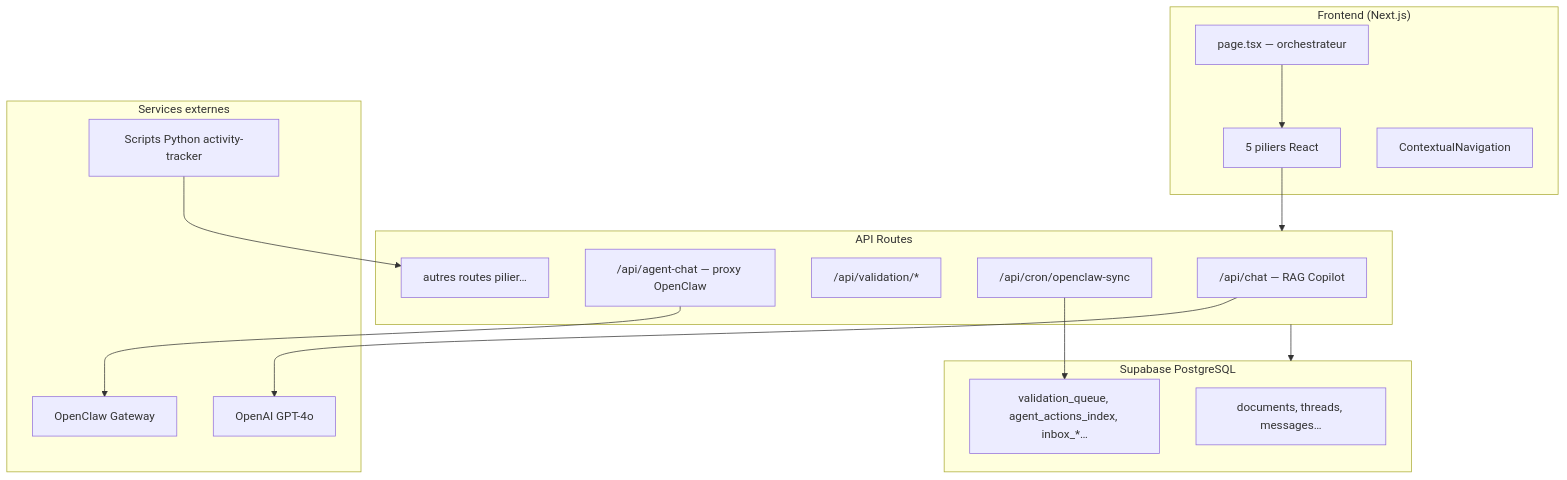
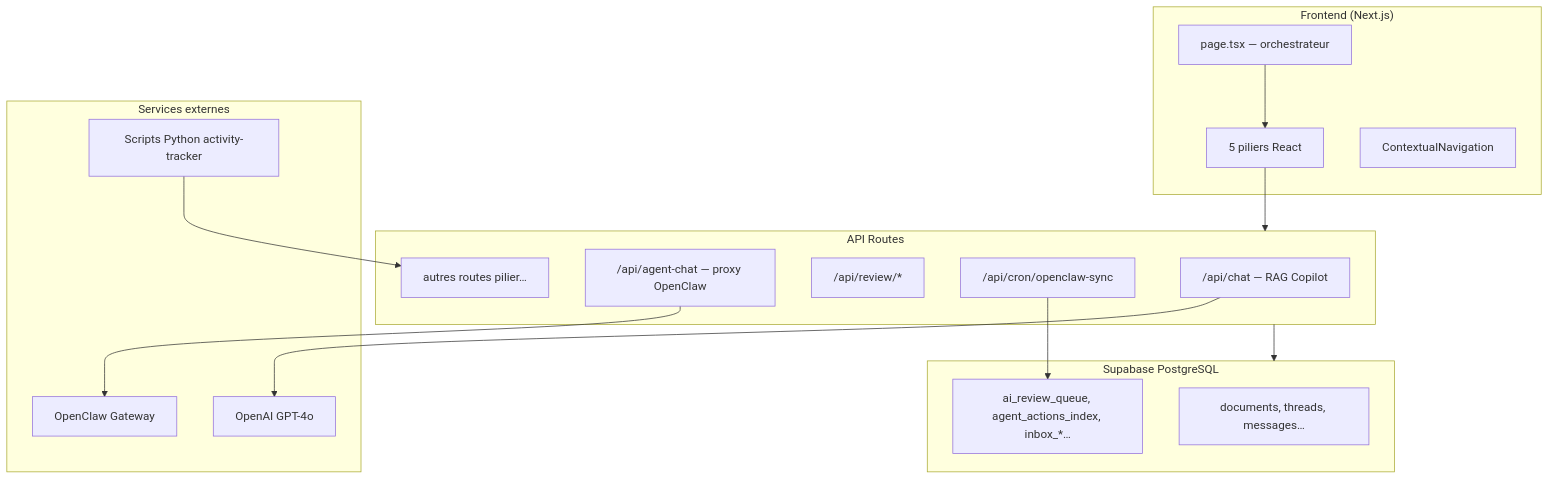
One commit to AlphaSysAI/orbitai changed the diagram in README.md. Above: the diagram before and after it, drawn with Mermaid. The commit also changed other lines of this file and 45 other files, not shown here.

````diff
--- a/README.md
+++ b/README.md
@@ -43,35 +43,35 @@
 ```mermaid
 flowchart TB
   subgraph UI["Frontend (Next.js)"]
     Page["page.tsx — orchestrateur"]
     Pillars["5 piliers React"]
     Nav["ContextualNavigation"]
   end
 
   subgraph API["API Routes"]
     Chat["/api/chat — RAG Copilot"]
     AgentChat["/api/agent-chat — proxy OpenClaw"]
-    Validation["/api/validation/*"]
+    Validation["/api/review/*"]
     Cron["/api/cron/openclaw-sync"]
     Other["autres routes pilier…"]
   end
 
   subgraph Data["Supabase PostgreSQL"]
     Core["documents, threads, messages…"]
-    OpenClaw["validation_queue, agent_actions_index, inbox_*…"]
+    OpenClaw["ai_review_queue, agent_actions_index, inbox_*…"]
   end
 
   subgraph External["Services externes"]
     OpenAI["OpenAI GPT-4o"]
     OpenClawGW["OpenClaw Gateway"]
     Tracker["Scripts Python activity-tracker"]
   end
 
   Page --> Pillars
   Pillars --> API
   API --> Data
   Chat --> OpenAI
   AgentChat --> OpenClawGW
   Cron --> OpenClaw
   Tracker --> Other
 ```
````
